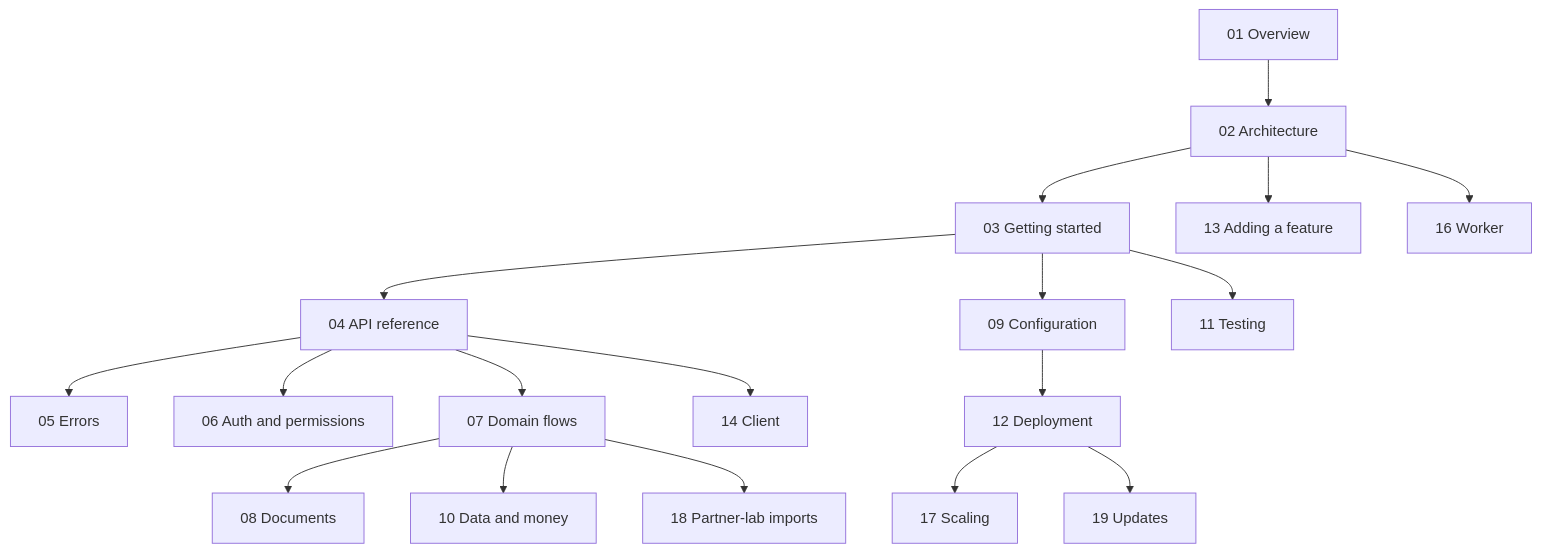
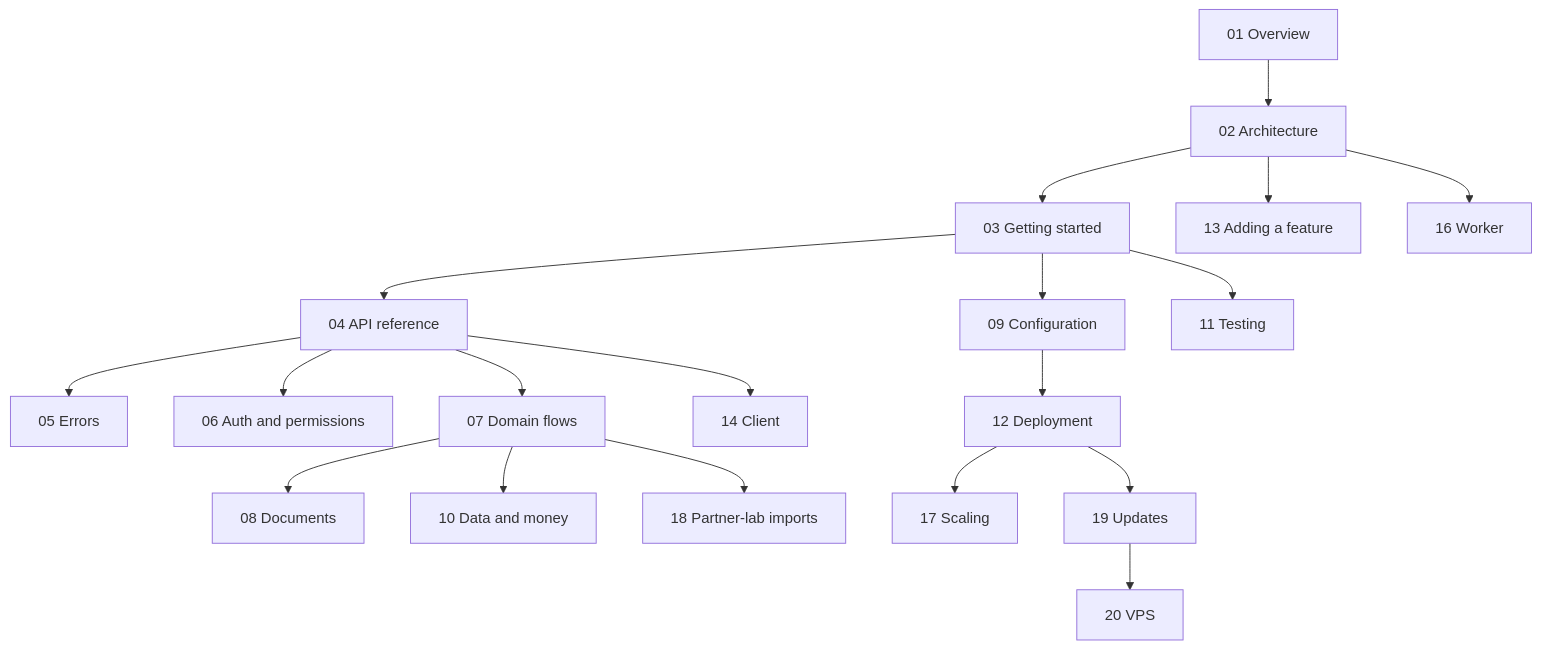
Before and after one commit to mgpl-diagnostics/api: the diagram in docs/README.md, drawn with Mermaid. The commit also changed other lines of this file and 9 other files, not shown here.

````diff
--- a/docs/README.md
+++ b/docs/README.md
@@ -5,20 +5,21 @@
 ```mermaid
 flowchart TD
   A["01 Overview"] --> B["02 Architecture"]
   B --> C["03 Getting started"]
   C --> D["04 API reference"]
   D --> E["05 Errors"]
   D --> F["06 Auth and permissions"]
   D --> G["07 Domain flows"]
   G --> H["08 Documents"]
   C --> I["09 Configuration"]
   G --> J["10 Data and money"]
   C --> K["11 Testing"]
   I --> L["12 Deployment"]
   B --> M["13 Adding a feature"]
   D --> N["14 Client"]
   B --> O["16 Worker"]
   L --> P["17 Scaling"]
   G --> Q["18 Partner-lab imports"]
   L --> R["19 Updates"]
+  R --> V["20 VPS"]
 ```
````
